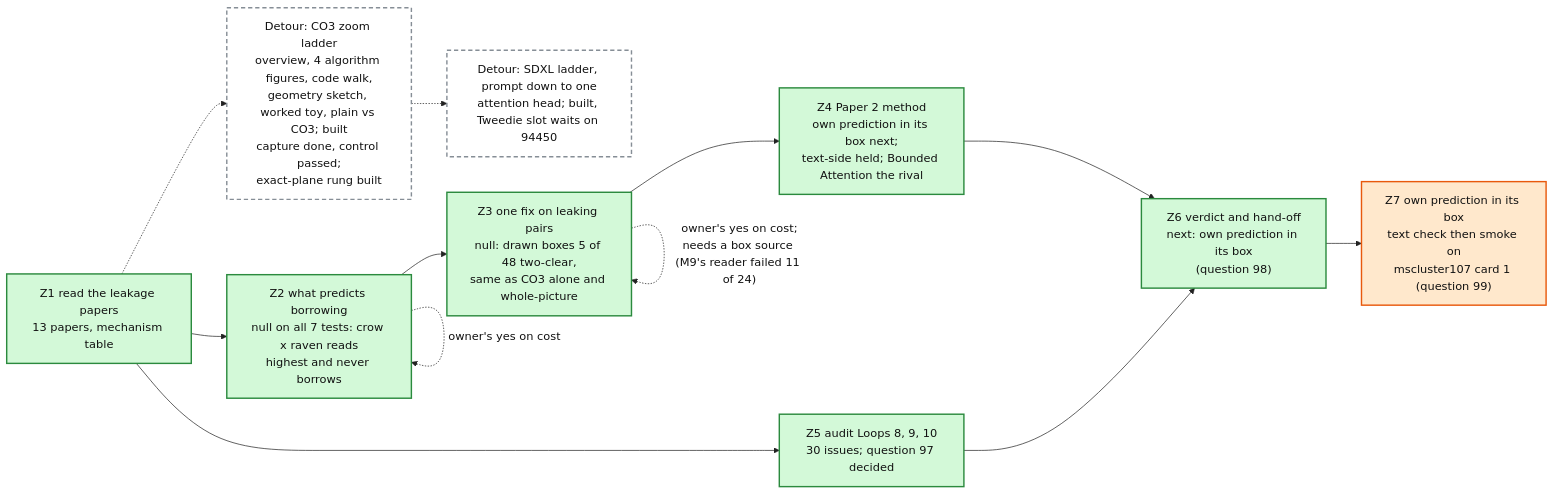
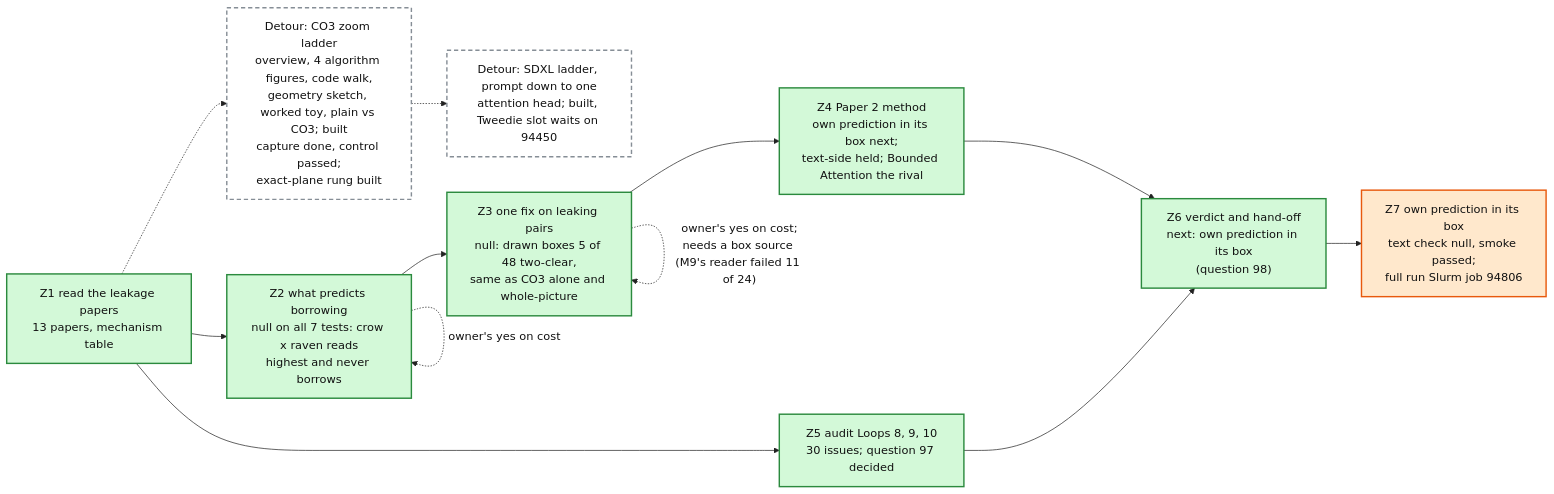
One commit to mo-rsa24/concept-composition changed the diagram in artifacts/notes/progress/leakage/loop-12-progress.mmd. Above: the diagram before and after it, drawn with Mermaid. The commit also changed 1 other file, not shown here.

Commit message:
Loop 12 map: Z7 full run queued

```diff
--- a/artifacts/notes/progress/leakage/loop-12-progress.mmd
+++ b/artifacts/notes/progress/leakage/loop-12-progress.mmd
@@ -1,22 +1,22 @@
 %%{init: {'theme': 'base', 'themeVariables': {'fontFamily': 'monospace', 'primaryColor': '#ffffff', 'primaryBorderColor': '#222222', 'primaryTextColor': '#111111', 'lineColor': '#222222'}}}%%
 flowchart LR
   Z1["Z1 read the leakage papers<br/>13 papers, mechanism table"]:::done
   Z2["Z2 what predicts borrowing<br/>null on all 7 tests: crow x raven reads<br/>highest and never borrows"]:::done
   Z3["Z3 one fix on leaking pairs<br/>null: drawn boxes 5 of 48 two-clear,<br/>same as CO3 alone and whole-picture"]:::done
   Z4["Z4 Paper 2 method<br/>own prediction in its box next;<br/>text-side held; Bounded Attention the rival"]:::done
   Z5["Z5 audit Loops 8, 9, 10<br/>30 issues; question 97 decided"]:::done
   Z6["Z6 verdict and hand-off<br/>next: own prediction in its box<br/>(question 98)"]:::done
   LAD["Detour: CO3 zoom ladder<br/>overview, 4 algorithm figures, code walk,<br/>geometry sketch, worked toy, plain vs CO3; built<br/>capture done, control passed;<br/>exact-plane rung built"]:::detour
   Z1 -.-> LAD
   SDX["Detour: SDXL ladder, prompt down to one<br/>attention head; built, Tweedie slot waits on 94450"]:::detour
   LAD -.-> SDX
   Z1 --> Z2 --> Z3 --> Z4 --> Z6
   Z1 --> Z5 --> Z6
   Z2 -. "owner's yes on cost" .-> Z2
   Z3 -. "owner's yes on cost;<br/>needs a box source (M9's reader failed 11 of 24)" .-> Z3
-  Z7["Z7 own prediction in its box<br/>text check then smoke on<br/>mscluster107 card 1 (question 99)"]:::doing
+  Z7["Z7 own prediction in its box<br/>text check null, smoke passed;<br/>full run Slurm job 94806"]:::doing
   Z6 --> Z7
   classDef done fill:#d3f9d8,stroke:#2b8a3e,stroke-width:2px
   classDef doing fill:#ffe8cc,stroke:#e8590c,stroke-width:2px
   classDef detour fill:#ffffff,stroke:#868e96,stroke-width:2px,stroke-dasharray: 6 4
   classDef todo fill:#f1f3f5,stroke:#868e96,stroke-width:2px
```
